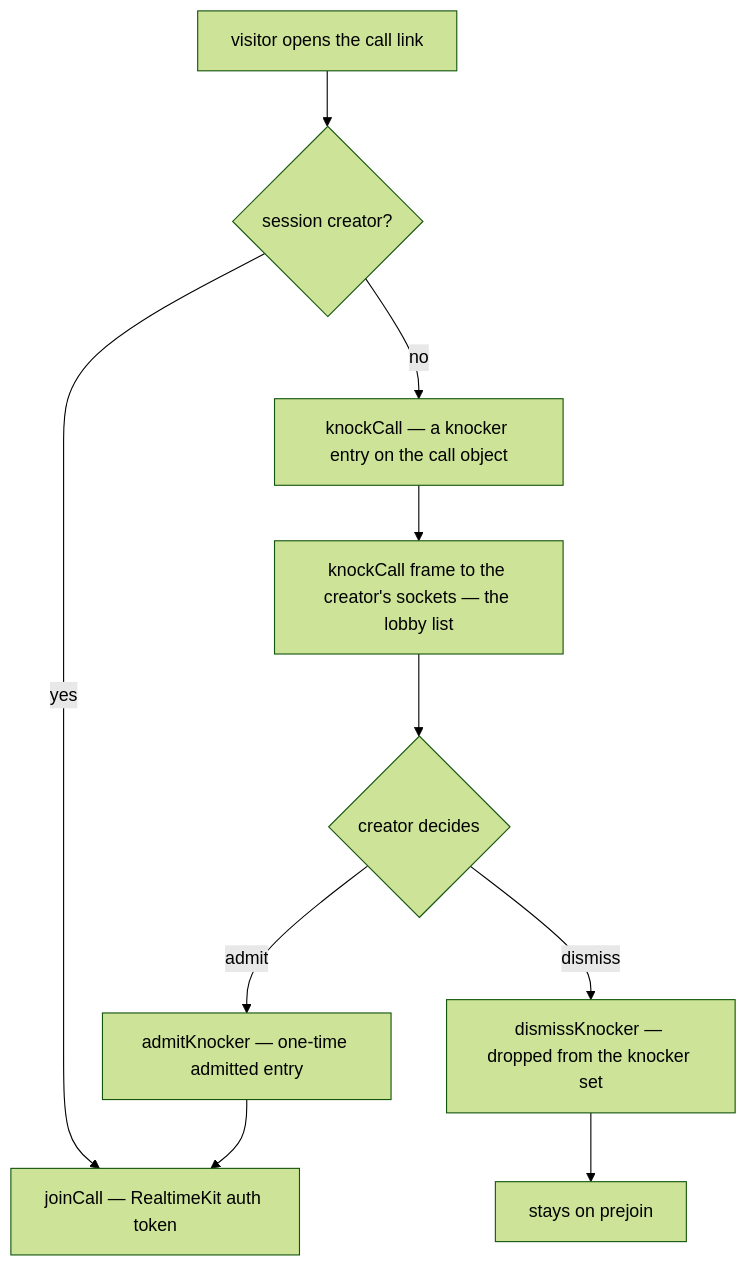
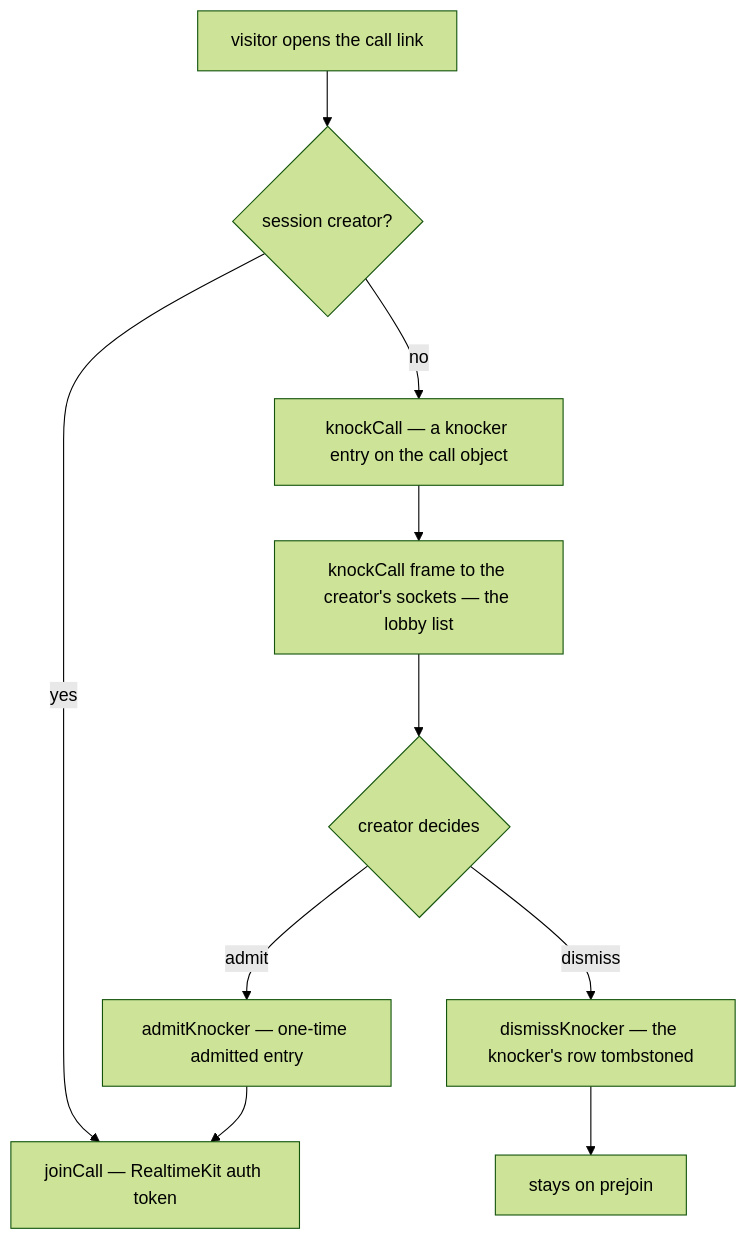
Before and after one commit to Esposter/Esposter: the second of 3 diagrams in openspec/specs/esbabbler/calls/README.md, drawn with Mermaid (forest theme). The commit also changed other lines of this file and 10 other files, not shown here.

````diff
--- a/openspec/specs/esbabbler/calls/README.md
+++ b/openspec/specs/esbabbler/calls/README.md
@@ -61,12 +61,12 @@
 ```mermaid
 flowchart TD
   VISIT["visitor opens the call link"] --> ISCREATOR{"session creator?"}
   ISCREATOR -- yes --> JOIN["joinCall — RealtimeKit auth token"]
   ISCREATOR -- no --> KNOCK["knockCall — a knocker entry on the call object"]
   KNOCK --> NOTIFY["knockCall frame to the creator's sockets — the lobby list"]
   NOTIFY --> DECIDE{"creator decides"}
   DECIDE -- admit --> ADMITTED["admitKnocker — one-time admitted entry"]
-  DECIDE -- dismiss --> DISMISSED["dismissKnocker — dropped from the knocker set"]
+  DECIDE -- dismiss --> DISMISSED["dismissKnocker — the knocker's row tombstoned"]
   ADMITTED --> JOIN
   DISMISSED --> WAIT["stays on prejoin"]
 ```
````
